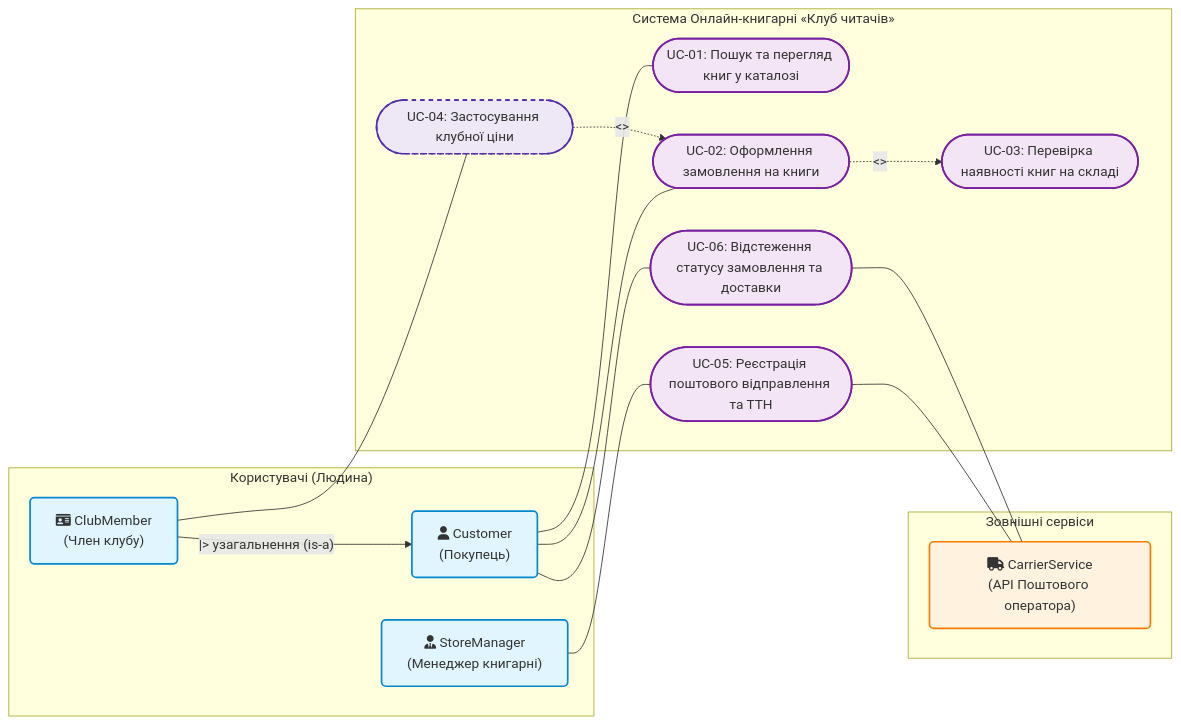
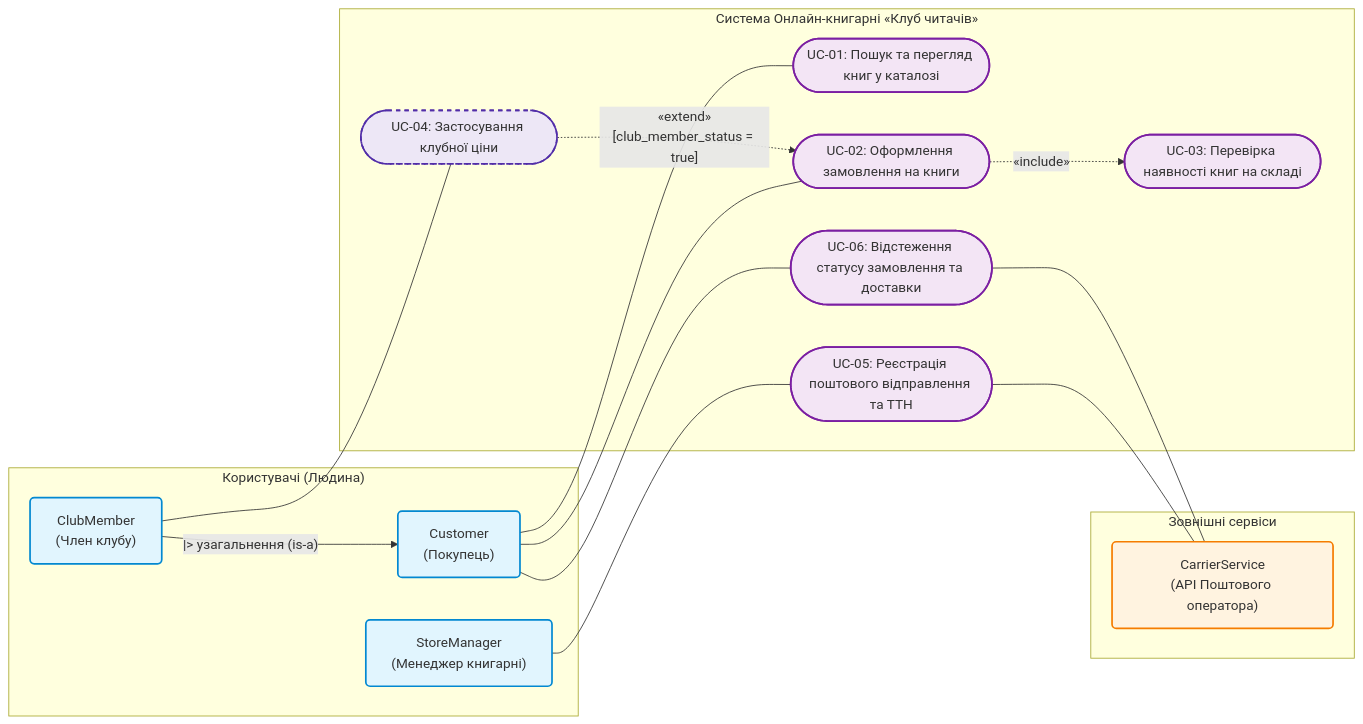
The diagram in Labs/lab-2/model.mmd (Jutsu78/system-modeling-labs), drawn with Mermaid before and after one commit. The commit also changed other lines of this file and 3 other files, not shown here.

Commit message:
refactor(lab-2): regenerate requirements and use case diagram from refined spec

```diff
--- a/Labs/lab-2/model.mmd
+++ b/Labs/lab-2/model.mmd
@@ -1,48 +1,48 @@
 flowchart LR
     %% Стилі акторів та прецедентів
     classDef humanActor fill:#e1f5fe,stroke:#0288d1,stroke-width:2px,rx:5px,ry:5px;
     classDef systemActor fill:#fff3e0,stroke:#f57c00,stroke-width:2px,rx:5px,ry:5px;
     classDef useCase fill:#f3e5f5,stroke:#7b1fa2,stroke-width:2px;
     classDef extUseCase fill:#ede7f6,stroke:#512da8,stroke-width:2px,stroke-dasharray: 5 5;
 
     %% Актори: Користувачі (Люди)
     subgraph Users ["Користувачі (Людина)"]
-        Customer["fa:fa-user Customer<br/>(Покупець)"]:::humanActor
-        ClubMember["fa:fa-id-card ClubMember<br/>(Член клубу)"]:::humanActor
-        StoreManager["fa:fa-user-tie StoreManager<br/>(Менеджер книгарні)"]:::humanActor
+        Customer["Customer<br/>(Покупець)"]:::humanActor
+        ClubMember["ClubMember<br/>(Член клубу)"]:::humanActor
+        StoreManager["StoreManager<br/>(Менеджер книгарні)"]:::humanActor
     end
 
     %% Зовнішні системи
     subgraph ExternalSystems ["Зовнішні сервіси"]
-        CarrierService["fa:fa-truck CarrierService<br/>(API Поштового оператора)"]:::systemActor
+        CarrierService["CarrierService<br/>(API Поштового оператора)"]:::systemActor
     end
 
     %% Межа системи онлайн-книгарні
     subgraph SystemBoundary ["Система Онлайн-книгарні «Клуб читачів»"]
         UC01(["UC-01: Пошук та перегляд книг у каталозі"]):::useCase
         UC02(["UC-02: Оформлення замовлення на книги"]):::useCase
         UC03(["UC-03: Перевірка наявності книг на складі"]):::useCase
         UC04(["UC-04: Застосування клубної ціни"]):::extUseCase
         UC05(["UC-05: Реєстрація поштового відправлення та ТТН"]):::useCase
         UC06(["UC-06: Відстеження статусу замовлення та доставки"]):::useCase
     end
 
     %% Узагальнення акторів (Generalization: ClubMember is-a Customer)
     ClubMember -- "|> узагальнення (is-a)" --> Customer
 
     %% Зв'язки Акторів з прецедентами
     Customer --- UC01
     Customer --- UC02
     Customer --- UC06
 
     ClubMember --- UC04
 
     StoreManager --- UC05
 
     %% Зв'язки між прецедентами (include / extend)
-    UC02 -. "<<include>>" .-> UC03
-    UC04 -. "<<extend>>" .-> UC02
+    UC02 -. "«include»" .-> UC03
+    UC04 -. "«extend»<br/>[club_member_status = true]" .-> UC02
 
     %% Взаємодія із зовнішньою системою
     UC05 --- CarrierService
     UC06 --- CarrierService
```
